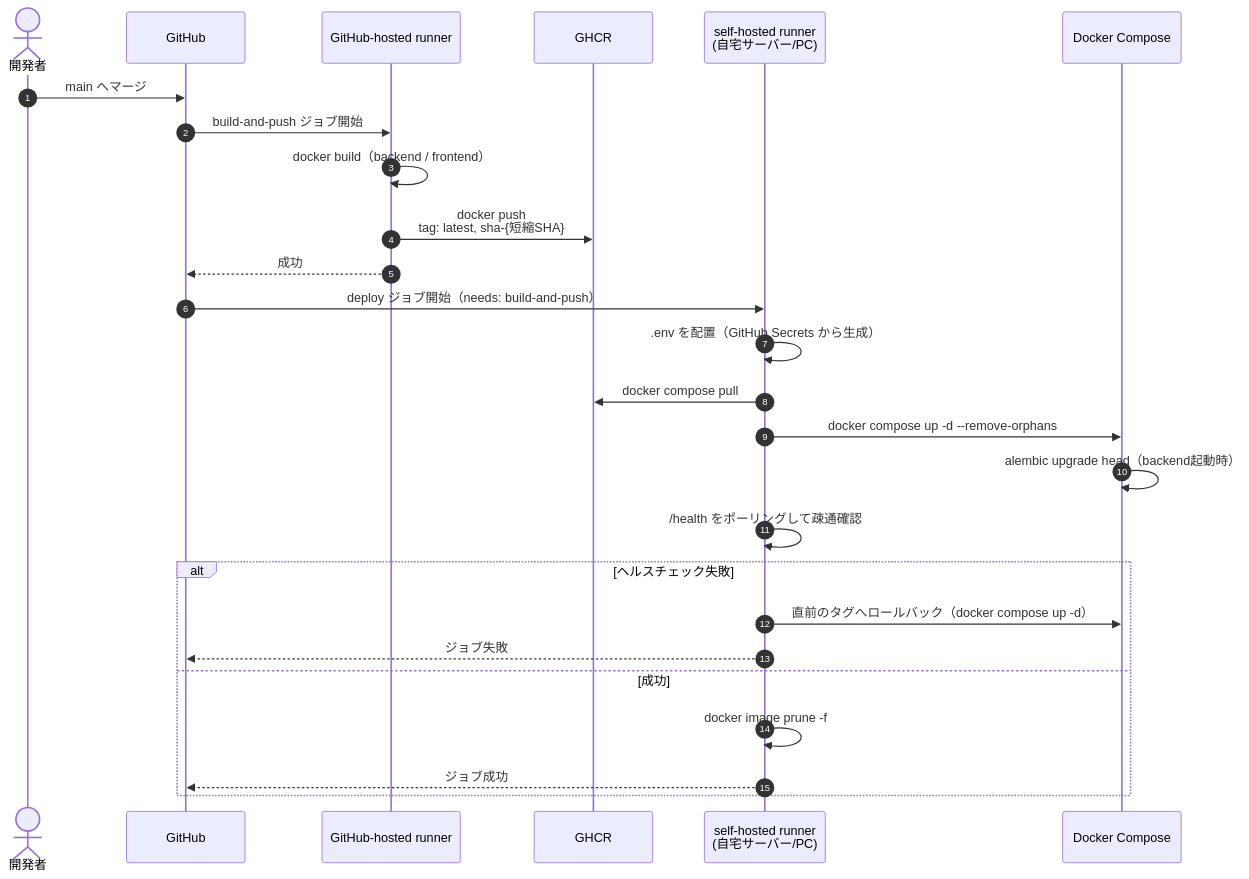
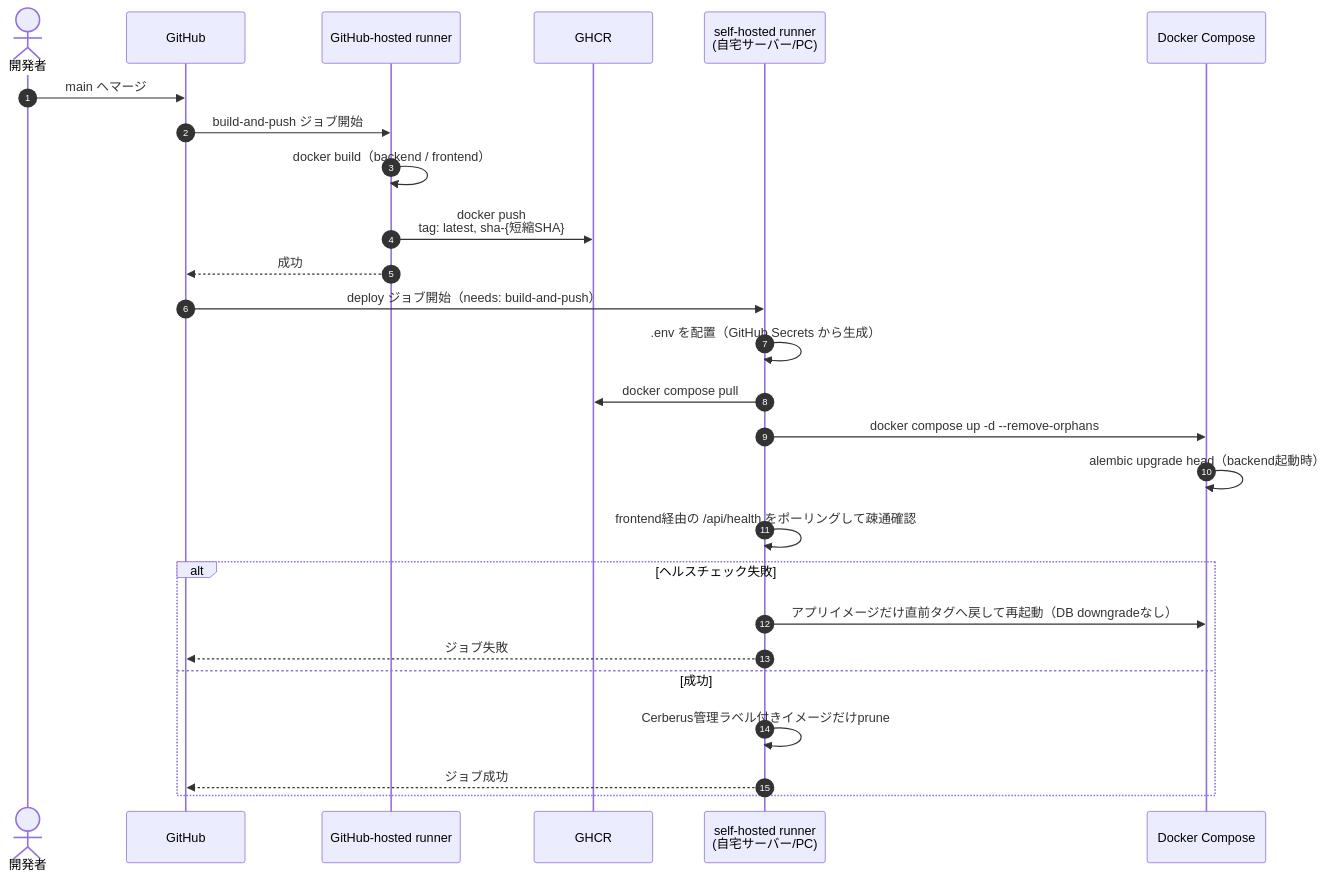
Before and after one commit to oikawa-d/task_management: the third of 3 diagrams in basic_design/06_infra_cicd.md, drawn with Mermaid. The commit also changed other lines of this file and 15 other files, not shown here.

````diff
--- a/basic_design/06_infra_cicd.md
+++ b/basic_design/06_infra_cicd.md
@@ -222,29 +215,29 @@
 ```mermaid
 sequenceDiagram
     autonumber
     actor DEV as 開発者
     participant GH as GitHub
     participant RUN as GitHub-hosted runner
     participant GHCR as GHCR
     participant SELF as self-hosted runner<br/>(自宅サーバー/PC)
     participant DC as Docker Compose
 
     DEV->>GH: main へマージ
     GH->>RUN: build-and-push ジョブ開始
     RUN->>RUN: docker build（backend / frontend）
     RUN->>GHCR: docker push<br/>tag: latest, sha-{短縮SHA}
     RUN-->>GH: 成功
     GH->>SELF: deploy ジョブ開始（needs: build-and-push）
     SELF->>SELF: .env を配置（GitHub Secrets から生成）
     SELF->>GHCR: docker compose pull
     SELF->>DC: docker compose up -d --remove-orphans
     DC->>DC: alembic upgrade head（backend起動時）
-    SELF->>SELF: /health をポーリングして疎通確認
+    SELF->>SELF: frontend経由の /api/health をポーリングして疎通確認
     alt ヘルスチェック失敗
-        SELF->>DC: 直前のタグへロールバック（docker compose up -d）
+        SELF->>DC: アプリイメージだけ直前タグへ戻して再起動（DB downgradeなし）
         SELF-->>GH: ジョブ失敗
     else 成功
-        SELF->>SELF: docker image prune -f
+        SELF->>SELF: Cerberus管理ラベル付きイメージだけprune
         SELF-->>GH: ジョブ成功
     end
 ```
````
